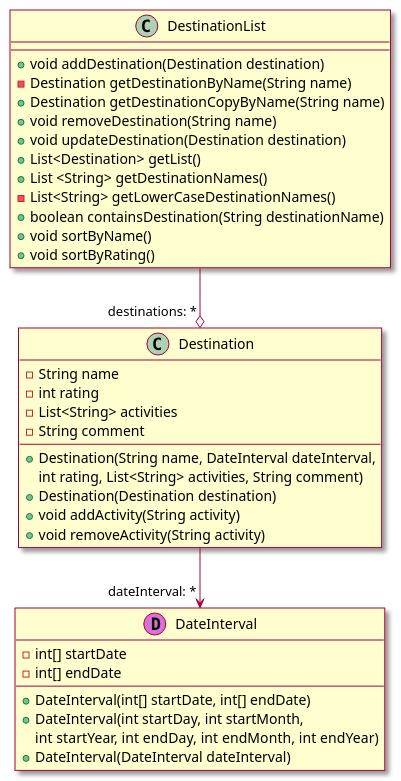
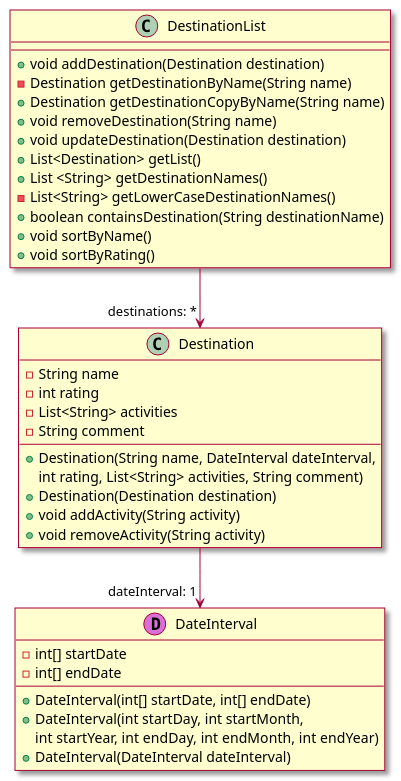
The diagram in docs/classDiagramCore.puml (tbwiik/Travelu), drawn with PlantUML before and after one commit. The commit also changed 4 other files, not shown here.

```diff
--- a/docs/classDiagramCore.puml
+++ b/docs/classDiagramCore.puml
@@ -1,44 +1,44 @@
 @startuml cdCore
 skin rose
-skinparam linetype ortho 
+skinparam linetype ortho
 
 class Destination {
     - String name
     - int rating
-    - List<String> activities 
+    - List<String> activities
     - String comment
 
-    + Destination(String name, DateInterval dateInterval, 
+    + Destination(String name, DateInterval dateInterval,
     int rating, List<String> activities, String comment)
     + Destination(Destination destination)
     + void addActivity(String activity)
     + void removeActivity(String activity)
 }
 
 class DestinationList {
     + void addDestination(Destination destination)
     - Destination getDestinationByName(String name)
     + Destination getDestinationCopyByName(String name)
     + void removeDestination(String name)
     + void updateDestination(Destination destination)
     + List<Destination> getList()
     + List <String> getDestinationNames()
     - List<String> getLowerCaseDestinationNames()
     + boolean containsDestination(String destinationName)
     + void sortByName()
     + void sortByRating()
 }
 
 class DateInterval << (D,orchid) >> {
     - int[] startDate
     - int[] endDate
 
     + DateInterval(int[] startDate, int[] endDate)
-    + DateInterval(int startDay, int startMonth, 
+    + DateInterval(int startDay, int startMonth,
     int startYear, int endDay, int endMonth, int endYear)
     + DateInterval(DateInterval dateInterval)
 }
 
-DestinationList --o "destinations: *" Destination
-Destination --> "dateInterval: *" DateInterval
+DestinationList --> "destinations: *" Destination
+Destination --> "dateInterval: 1" DateInterval
 @enduml
```
